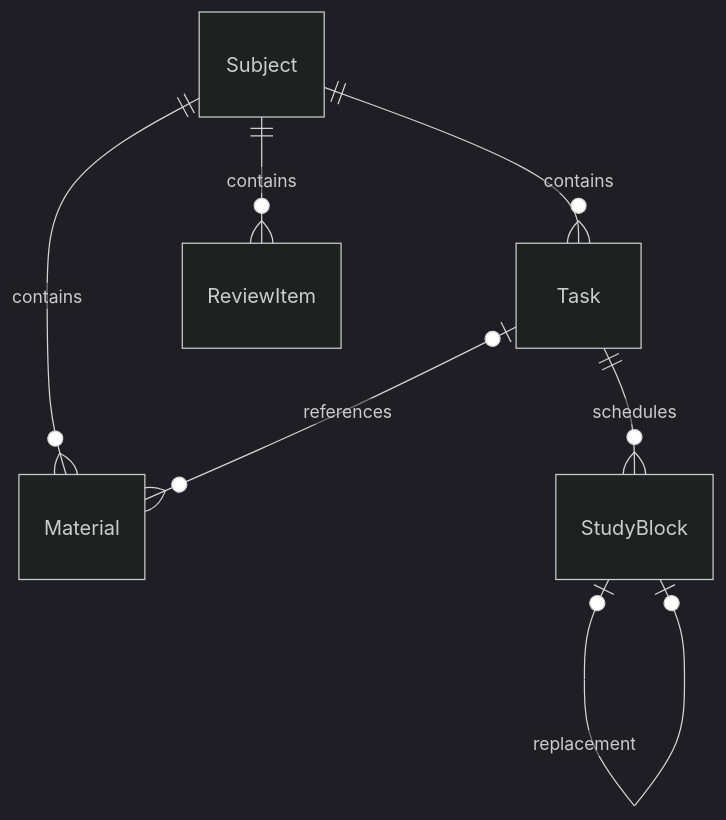
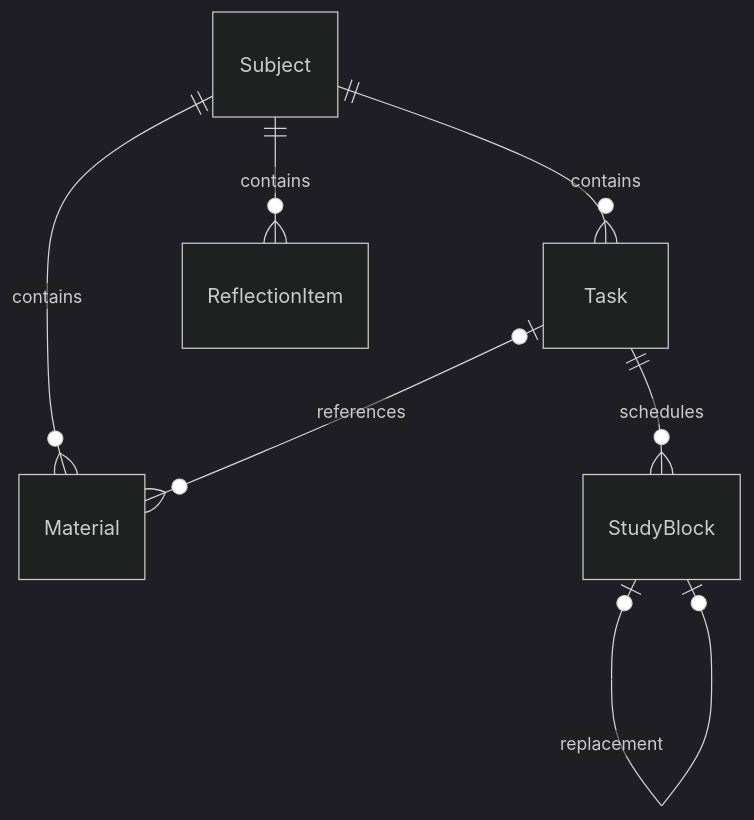
Before and after one commit to LJBYTES-cloud/yotei: the second of 2 diagrams in docs/PROJECT_CONTEXT.md, drawn with Mermaid (dark theme). The commit also changed other lines of this file and 48 other files, not shown here.

````diff
--- a/docs/PROJECT_CONTEXT.md
+++ b/docs/PROJECT_CONTEXT.md
@@ -132,9 +127,9 @@
 ```mermaid
 erDiagram
   Subject ||--o{ Task : contains
-  Subject ||--o{ ReviewItem : contains
+  Subject ||--o{ ReflectionItem : contains
   Subject ||--o{ Material : contains
   Task ||--o{ StudyBlock : schedules
   Task o|--o{ Material : references
   StudyBlock o|--o| StudyBlock : replacement
 ```
````
